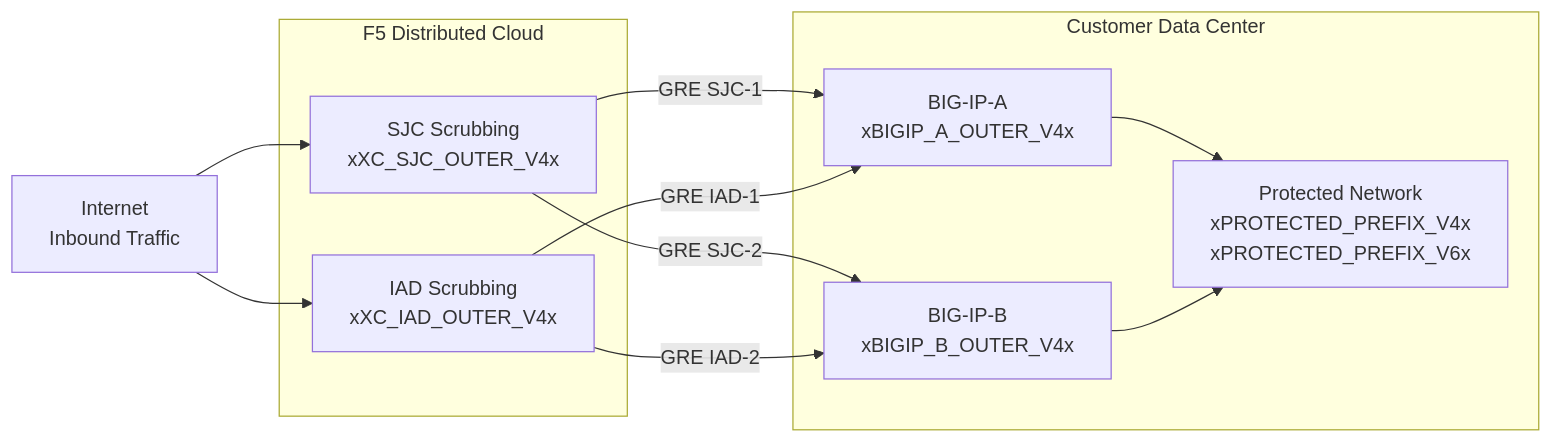
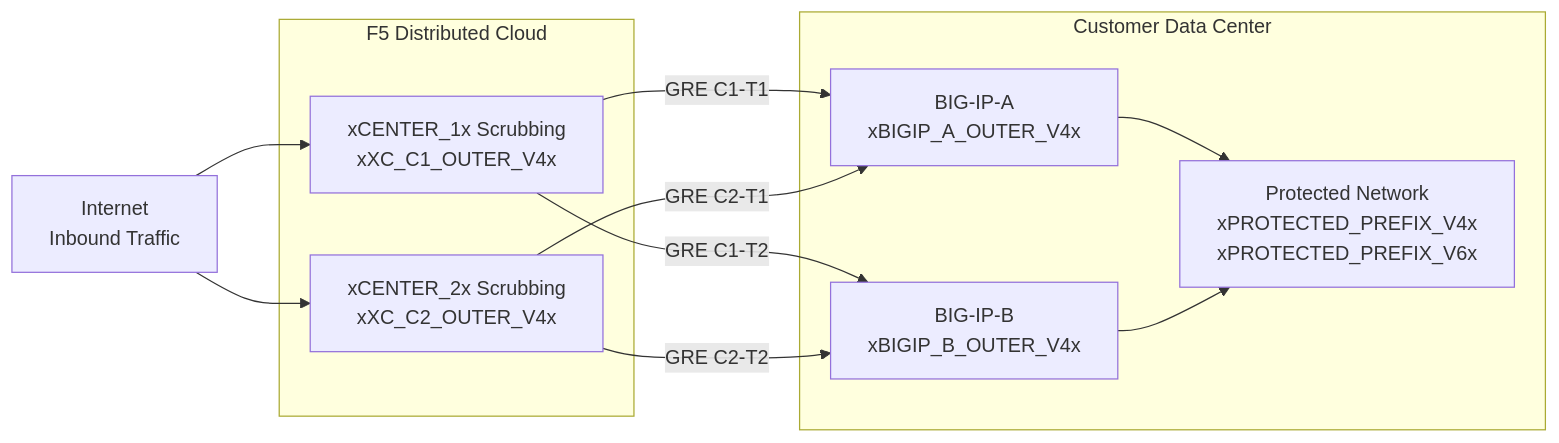
One commit to robinmordasiewicz/f5xc-bigip-ddos-gre changed the second of 4 diagrams in docs/index.md. Above: the diagram before and after it, drawn with Mermaid. The commit also changed other lines of this file and 1 other file, not shown here.

First line of the commit message:
refactor: update scrubbing center naming from location codes to generic format

````diff
--- a/docs/index.md
+++ b/docs/index.md
@@ -108,24 +108,24 @@
 ```mermaid
 flowchart LR
     INET["Internet<br/>Inbound Traffic"]
 
     subgraph XC["F5 Distributed Cloud"]
-        SJC["SJC Scrubbing<br/>xXC_SJC_OUTER_V4x"]
-        IAD["IAD Scrubbing<br/>xXC_IAD_OUTER_V4x"]
+        C1["xCENTER_1x Scrubbing<br/>xXC_C1_OUTER_V4x"]
+        C2["xCENTER_2x Scrubbing<br/>xXC_C2_OUTER_V4x"]
     end
 
     subgraph DC["Customer Data Center"]
         BIGIPA["BIG-IP-A<br/>xBIGIP_A_OUTER_V4x"]
         BIGIPB["BIG-IP-B<br/>xBIGIP_B_OUTER_V4x"]
         NET["Protected Network<br/>xPROTECTED_PREFIX_V4x<br/>xPROTECTED_PREFIX_V6x"]
     end
 
-    INET --> SJC
-    INET --> IAD
-    SJC -- "GRE SJC-1" --> BIGIPA
-    IAD -- "GRE IAD-1" --> BIGIPA
-    SJC -- "GRE SJC-2" --> BIGIPB
-    IAD -- "GRE IAD-2" --> BIGIPB
+    INET --> C1
+    INET --> C2
+    C1 -- "GRE C1-T1" --> BIGIPA
+    C2 -- "GRE C2-T1" --> BIGIPA
+    C1 -- "GRE C1-T2" --> BIGIPB
+    C2 -- "GRE C2-T2" --> BIGIPB
     BIGIPA --> NET
     BIGIPB --> NET
 ```
````
